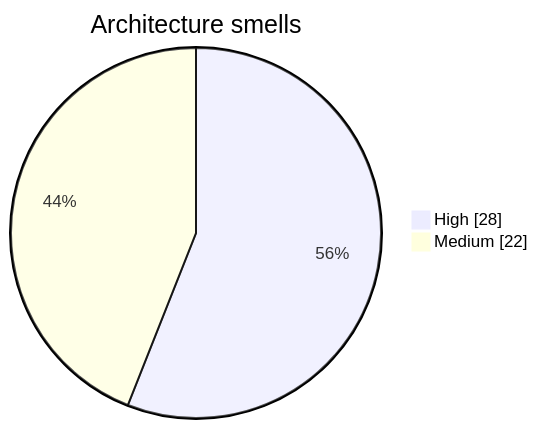
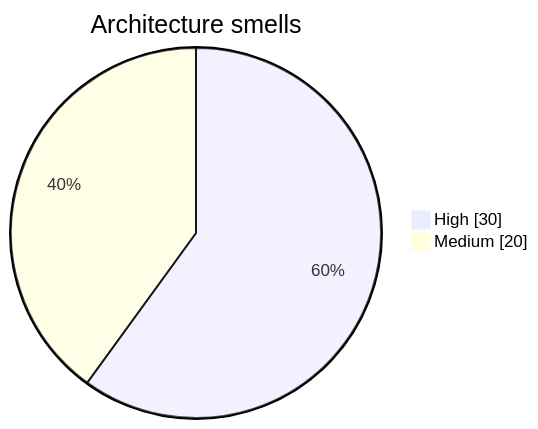
Before and after one commit to wolframs/jspace-probes: diagram 14 of 15 in .mentis/context/graphs.md, drawn with Mermaid. The commit also changed other lines of this file and 989 other files, not shown here.

````diff
--- a/.mentis/context/graphs.md
+++ b/.mentis/context/graphs.md
@@ -288,5 +288,5 @@
 ```mermaid
 pie showData title Architecture smells
-    "High" : 28
-    "Medium" : 22
+    "High" : 30
+    "Medium" : 20
 ```
````
